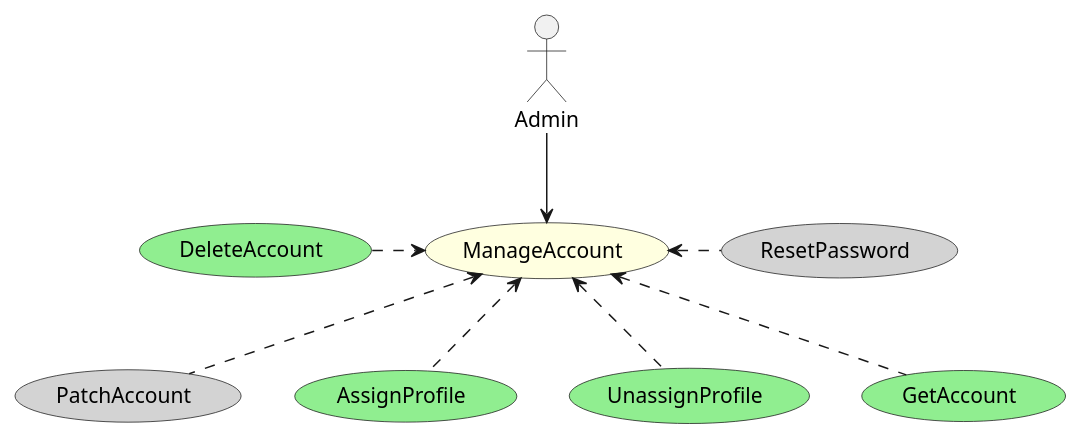
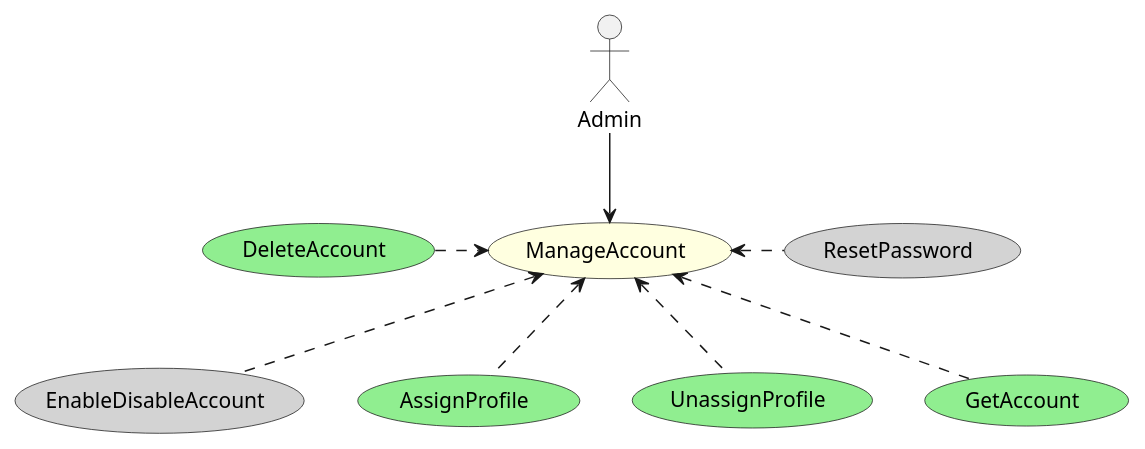
Before and after one commit to zehgreven/nutri-be-ddd-ca: the diagram in documentation/usecase/UseCase.iam.ManageAccount.puml, drawn with PlantUML.

Commit message:
Updating use case diagram

```diff
--- a/documentation/usecase/UseCase.iam.ManageAccount.puml
+++ b/documentation/usecase/UseCase.iam.ManageAccount.puml
@@ -1,21 +1,21 @@
 @startuml Use Case
 
 actor Admin
 
 usecase ManageAccount #LightYellow
-usecase PatchAccount #LightGray
+usecase EnableDisableAccount #LightGray
 usecase DeleteAccount #LightGreen
 usecase AssignProfile #LightGreen
 usecase UnassignProfile #LightGreen
 usecase GetAccount #LightGreen
 usecase ResetPassword #LightGray
 
 Admin --> (ManageAccount) 
 (ManageAccount) <.d. (AssignProfile) 
 (ManageAccount) <.d. (UnassignProfile) 
 (ManageAccount) <.d. (GetAccount) 
-(ManageAccount) <.d. (PatchAccount) 
+(ManageAccount) <.d. (EnableDisableAccount) 
 (ManageAccount) <.l. (DeleteAccount) 
 (ManageAccount) <.r. (ResetPassword) 
 
 @enduml
```
